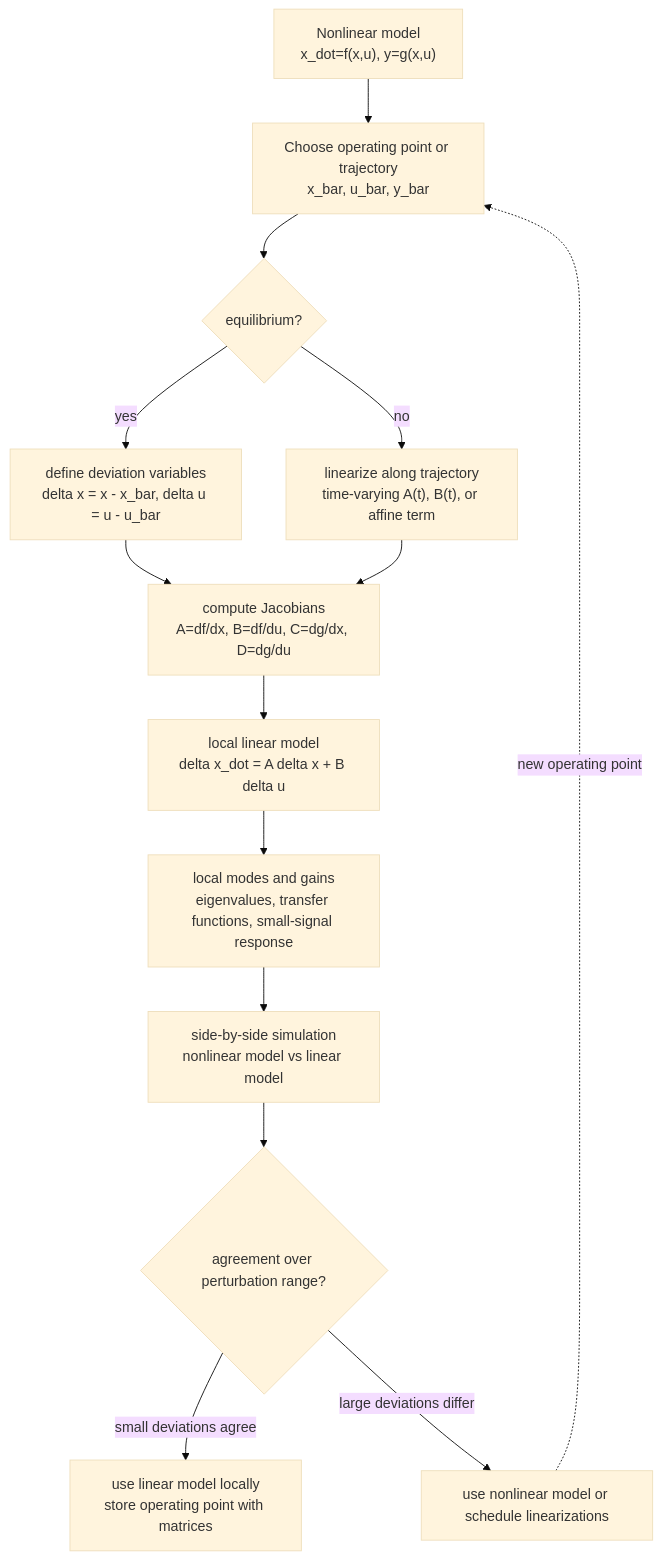
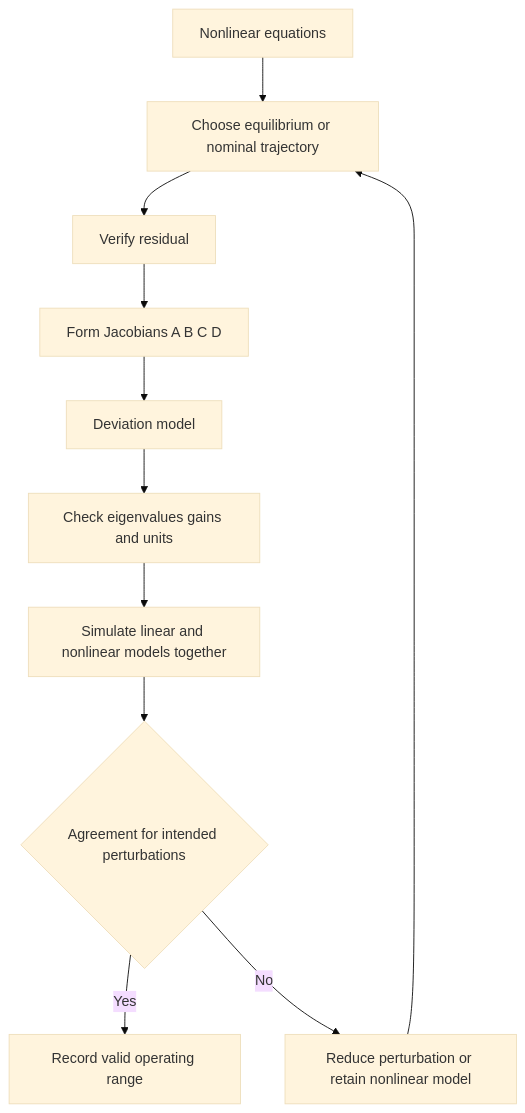
One commit to justinbrianhwang/SJ-wiki changed the diagram in docs/physics/simulation/nonlinear-systems-linearization.md. Above: the diagram before and after it, drawn with Mermaid (base theme). The commit also changed other lines of this file and 166 other files, not shown here.

````diff
--- a/docs/physics/simulation/nonlinear-systems-linearization.md
+++ b/docs/physics/simulation/nonlinear-systems-linearization.md
@@ -112,16 +145,13 @@
 ```mermaid
 flowchart TD
-  Nonlinear["Nonlinear model<br/>x_dot=f(x,u), y=g(x,u)"] --> Operating["Choose operating point or trajectory<br/>x_bar, u_bar, y_bar"]
-  Operating --> Equil{"equilibrium?"}
-  Equil -- "yes" --> Deviations["define deviation variables<br/>delta x = x - x_bar, delta u = u - u_bar"]
-  Equil -- "no" --> Affine["linearize along trajectory<br/>time-varying A(t), B(t), or affine term"]
-  Deviations --> Jacobian["compute Jacobians<br/>A=df/dx, B=df/du, C=dg/dx, D=dg/du"]
-  Affine --> Jacobian
-  Jacobian --> Linear["local linear model<br/>delta x_dot = A delta x + B delta u"]
-  Linear --> Modes["local modes and gains<br/>eigenvalues, transfer functions, small-signal response"]
-  Modes --> Compare["side-by-side simulation<br/>nonlinear model vs linear model"]
-  Compare --> Range{"agreement over perturbation range?"}
-  Range -- "small deviations agree" --> UseLocal["use linear model locally<br/>store operating point with matrices"]
-  Range -- "large deviations differ" --> UseNL["use nonlinear model or schedule linearizations"]
-  UseNL -. "new operating point" .-> Operating
+  A["Nonlinear equations"] --> B["Choose equilibrium or nominal trajectory"]
+  B --> C["Verify residual"]
+  C --> D["Form Jacobians A B C D"]
+  D --> E["Deviation model"]
+  E --> F["Check eigenvalues gains and units"]
+  F --> G["Simulate linear and nonlinear models together"]
+  G --> H{"Agreement for intended perturbations"}
+  H -->|"Yes"| I["Record valid operating range"]
+  H -->|"No"| J["Reduce perturbation or retain nonlinear model"]
+  J --> B
 ```
````
